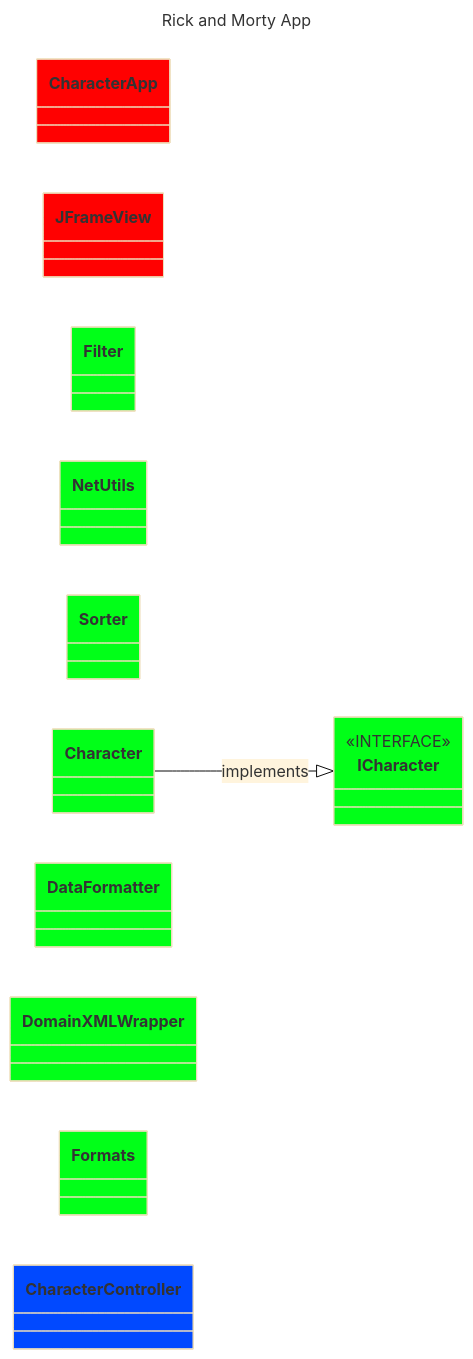
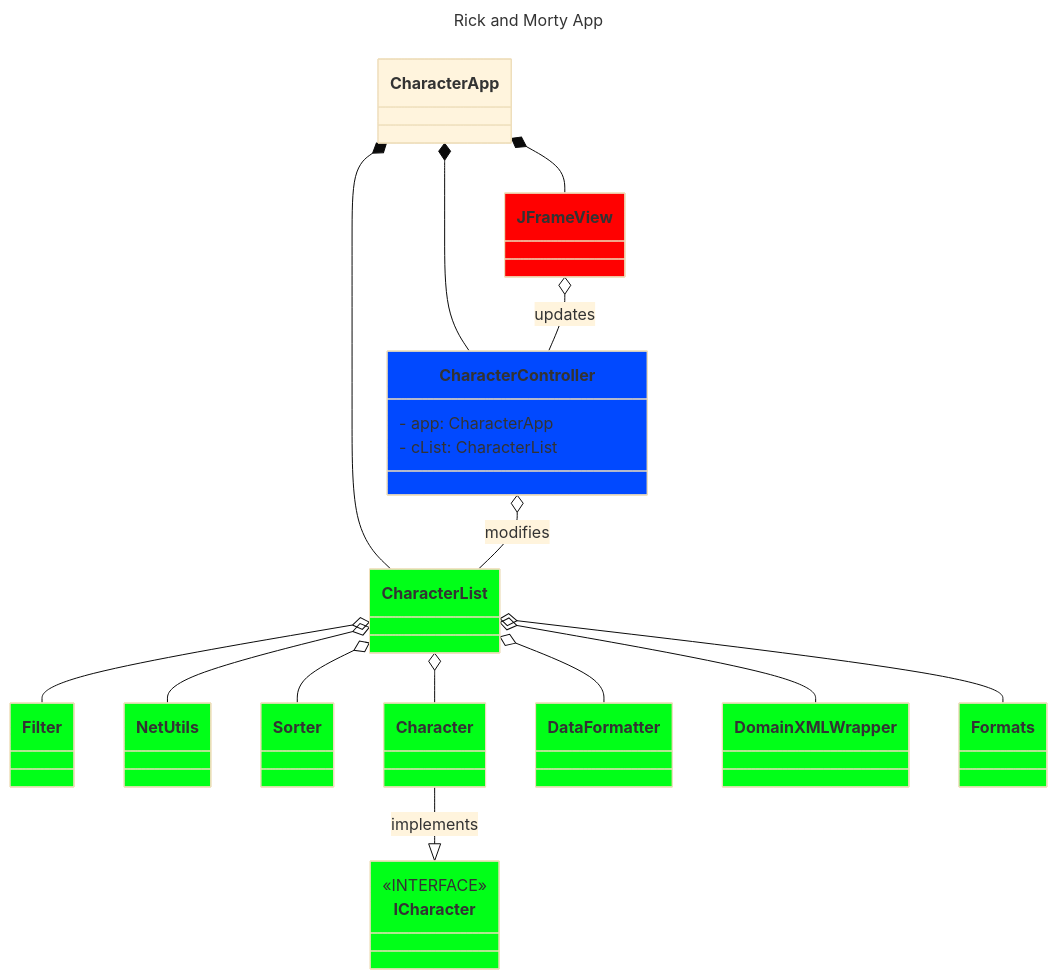
Before and after one commit to Su24-CS5004-Online-Lionelle/final-project-group-10: the diagram in DesignDocuments/InitialUML.md, drawn with Mermaid (base theme).

````diff
--- a/DesignDocuments/InitialUML.md
+++ b/DesignDocuments/InitialUML.md
@@ -1,54 +1,71 @@
 ```mermaid
 ---
 title: Rick and Morty App
 ---
 classDiagram
-    direction LR
+    direction TB
     class CharacterApp{
-        
  }
     class JFrameView{
         
  }
     class Filter{
         
     }
     class NetUtils{
         
     }
     class Sorter{
         
     }
     class Character{
         
     }
     Character --|> ICharacter: implements
     class ICharacter{
         <<INTERFACE>>
     }
     class DataFormatter{
         
     }
     class DomainXMLWrapper{
         
     }
     class Formats{
         
     }
     class CharacterController{
+         - app: CharacterApp
+         - cList: CharacterList
+    }
+    class CharacterList{
         
     }
+    CharacterApp *-- JFrameView
+    CharacterApp *-- CharacterController
+    CharacterApp *-- CharacterList
+    JFrameView o-- CharacterController: updates
+    CharacterController o-- CharacterList: modifies
+    CharacterList o-- Character
+    CharacterList o-- Filter
+    CharacterList o-- DataFormatter
+    CharacterList o-- DomainXMLWrapper
+    CharacterList o-- NetUtils
+    CharacterList o-- Sorter
+    CharacterList o-- Formats
+    
+
     style DataFormatter fill:#01FF18
+    style CharacterList fill:#01FF18
     style DomainXMLWrapper fill:#01FF18
     style Formats fill:#01FF18
     style NetUtils fill:#01FF18
     style Sorter fill:#01FF18
     style Character fill:#01FF18
     style Filter fill:#01FF18
     style ICharacter fill:#01FF18
     style JFrameView fill: #FF0101
-    style CharacterApp fill: #FF0101
     style CharacterController fill:#0149FF
 
 
 ```
````
